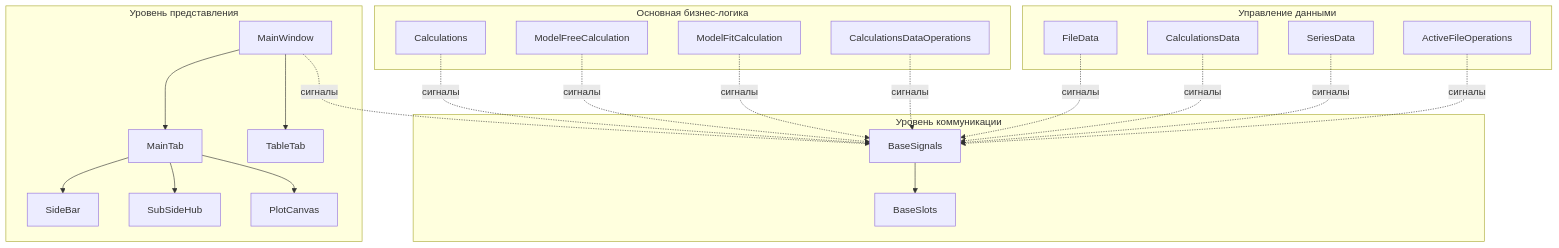
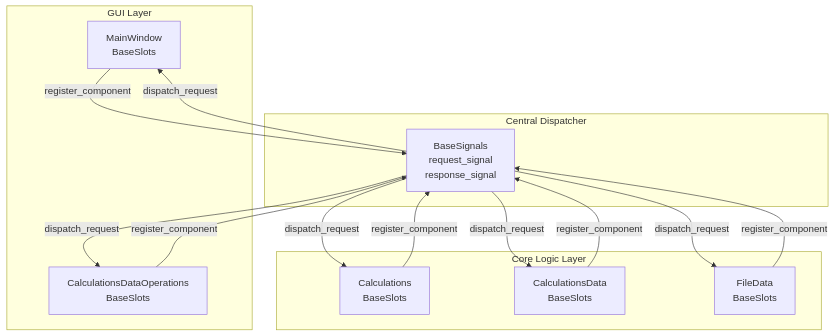
Before and after one commit to kdavjd/Open_ThermoKinetics: the second of 6 diagrams in COMPREHENSIVE_ARCHITECTURE_ANALYSIS_RU.md, drawn with Mermaid. The commit also changed other lines of this file and 1 other file, not shown here.

First line of the commit message:
feat: Integrate basinhopping optimization into existing architecture

````diff
--- a/COMPREHENSIVE_ARCHITECTURE_ANALYSIS_RU.md
+++ b/COMPREHENSIVE_ARCHITECTURE_ANALYSIS_RU.md
@@ -15,48 +111,29 @@
 ```mermaid
 graph TB
-    subgraph "Уровень представления"
-        MW[MainWindow]
-        MT[MainTab]
-        TT[TableTab]
-        SB[SideBar]
-        SSH[SubSideHub]
-        PC[PlotCanvas]
+    subgraph "GUI Layer"
+        MW[MainWindow<br/>BaseSlots]
+        CDO[CalculationsDataOperations<br/>BaseSlots]
     end
     
-    subgraph "Основная бизнес-логика"
-        CALC[Calculations]
-        MFC[ModelFreeCalculation]
-        MF[ModelFitCalculation]
-        CDO[CalculationsDataOperations]
+    subgraph "Core Logic Layer" 
+        CALC[Calculations<br/>BaseSlots]
+        CD[CalculationsData<br/>BaseSlots]
+        FD[FileData<br/>BaseSlots]
     end
     
-    subgraph "Управление данными"
-        FD[FileData]
-        CD[CalculationsData]
-        SD[SeriesData]
-        AFO[ActiveFileOperations]
+    subgraph "Central Dispatcher"
+        BS[BaseSignals<br/>request_signal<br/>response_signal]
     end
     
-    subgraph "Уровень коммуникации"
-        BS[BaseSignals]
-        BSL[BaseSlots]
-    end
+    MW -->|register_component| BS
+    CDO -->|register_component| BS
+    CALC -->|register_component| BS
+    CD -->|register_component| BS
+    FD -->|register_component| BS
     
-    MW --> MT
-    MW --> TT
-    MT --> SB
-    MT --> SSH
-    MT --> PC
-    
-    MW -.->|сигналы| BS
-    CALC -.->|сигналы| BS
-    MFC -.->|сигналы| BS
-    MF -.->|сигналы| BS
-    CDO -.->|сигналы| BS
-    FD -.->|сигналы| BS
-    CD -.->|сигналы| BS
-    SD -.->|сигналы| BS
-    AFO -.->|сигналы| BS
-    
-    BS --> BSL
+    BS -->|dispatch_request| MW
+    BS -->|dispatch_request| CDO
+    BS -->|dispatch_request| CALC
+    BS -->|dispatch_request| CD
+    BS -->|dispatch_request| FD
 ```
````
